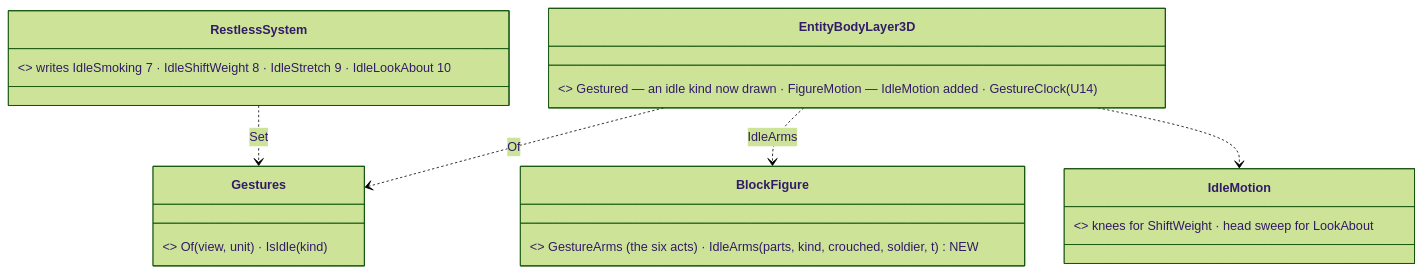
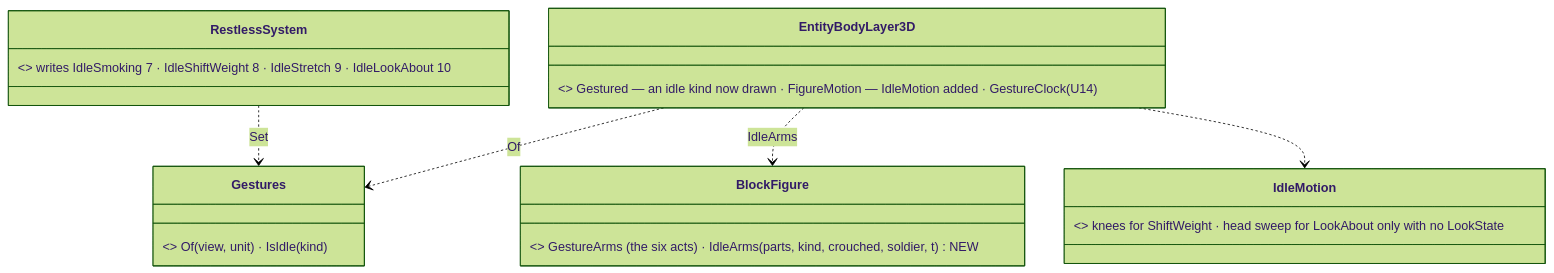
The seventh of 9 diagrams in docs/DESIGN_People_Display.md (pjanec/HROT), drawn with Mermaid (forest theme) before and after one commit. The commit also changed other lines of this file and 3 other files, not shown here.

First line of the commit message:
CE-1308 follow-up: looking about follows behaviors' real idle glance

````diff
--- a/docs/DESIGN_People_Display.md
+++ b/docs/DESIGN_People_Display.md
@@ -309,12 +309,12 @@
 ```mermaid
 classDiagram
   class Gestures { <<exists, FDP>> Of(view, unit) · IsIdle(kind) }
   class EntityBodyLayer3D { <<exists, changed>> Gestured — an idle kind now drawn · FigureMotion — IdleMotion added · GestureClock (U14) }
   class BlockFigure { <<exists, changed>> GestureArms (the six acts) · IdleArms(parts, kind, crouched, soldier, t) NEW }
-  class IdleMotion { <<NEW static method on EntityBodyLayer3D>> knees for ShiftWeight · head sweep for LookAbout }
+  class IdleMotion { <<NEW static method on EntityBodyLayer3D>> knees for ShiftWeight · head sweep for LookAbout only with no LookState }
   class RestlessSystem { <<behaviors>> writes IdleSmoking 7 · IdleShiftWeight 8 · IdleStretch 9 · IdleLookAbout 10 }
   RestlessSystem ..> Gestures : Set
   EntityBodyLayer3D ..> Gestures : Of
   EntityBodyLayer3D ..> BlockFigure : IdleArms
   EntityBodyLayer3D ..> IdleMotion
 ```
````
